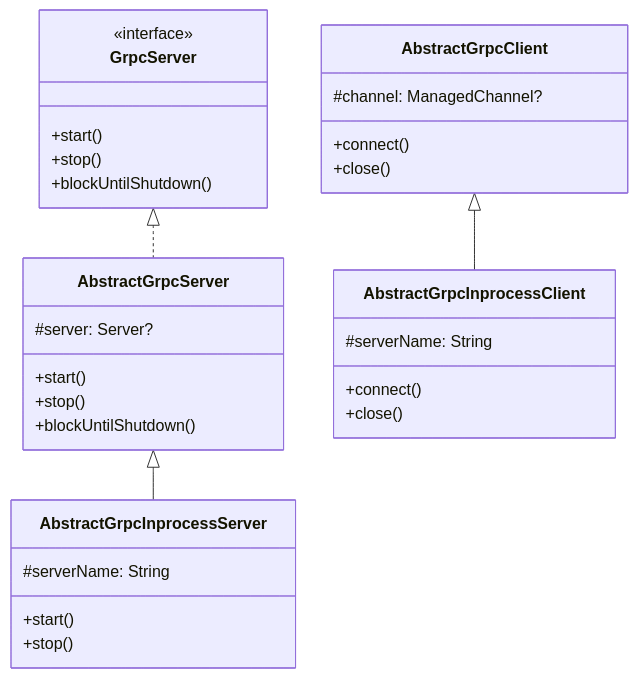
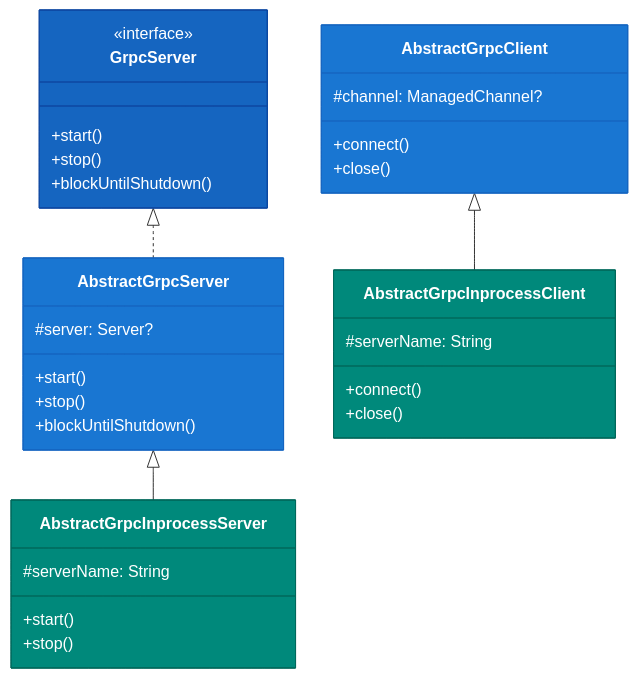
Before and after one commit to bluetape4k/bluetape4k-projects: the first of 4 diagrams in io/grpc/README.md, drawn with Mermaid. The commit also changed other lines of this file and 221 other files, not shown here.

First line of the commit message:
docs: 전체 모듈 README UML 다이어그램 보강 및 색상 업그레이드

````diff
--- a/io/grpc/README.md
+++ b/io/grpc/README.md
@@ -16,38 +16,44 @@
 ```mermaid
 classDiagram
     class GrpcServer {
         <<interface>>
         +start()
         +stop()
         +blockUntilShutdown()
     }
 
     class AbstractGrpcServer {
         #server: Server?
         +start()
         +stop()
         +blockUntilShutdown()
     }
 
     class AbstractGrpcClient {
         #channel: ManagedChannel?
         +connect()
         +close()
     }
 
     class AbstractGrpcInprocessServer {
         #serverName: String
         +start()
         +stop()
     }
 
     class AbstractGrpcInprocessClient {
         #serverName: String
         +connect()
         +close()
     }
 
     GrpcServer <|.. AbstractGrpcServer
     AbstractGrpcServer <|-- AbstractGrpcInprocessServer
     AbstractGrpcClient <|-- AbstractGrpcInprocessClient
+
+    style GrpcServer fill:#1565C0,stroke:#0D47A1,color:#FFFFFF
+    style AbstractGrpcServer fill:#1976D2,stroke:#1565C0,color:#FFFFFF
+    style AbstractGrpcClient fill:#1976D2,stroke:#1565C0,color:#FFFFFF
+    style AbstractGrpcInprocessServer fill:#00897B,stroke:#00695C,color:#FFFFFF
+    style AbstractGrpcInprocessClient fill:#00897B,stroke:#00695C,color:#FFFFFF
 ```
````
